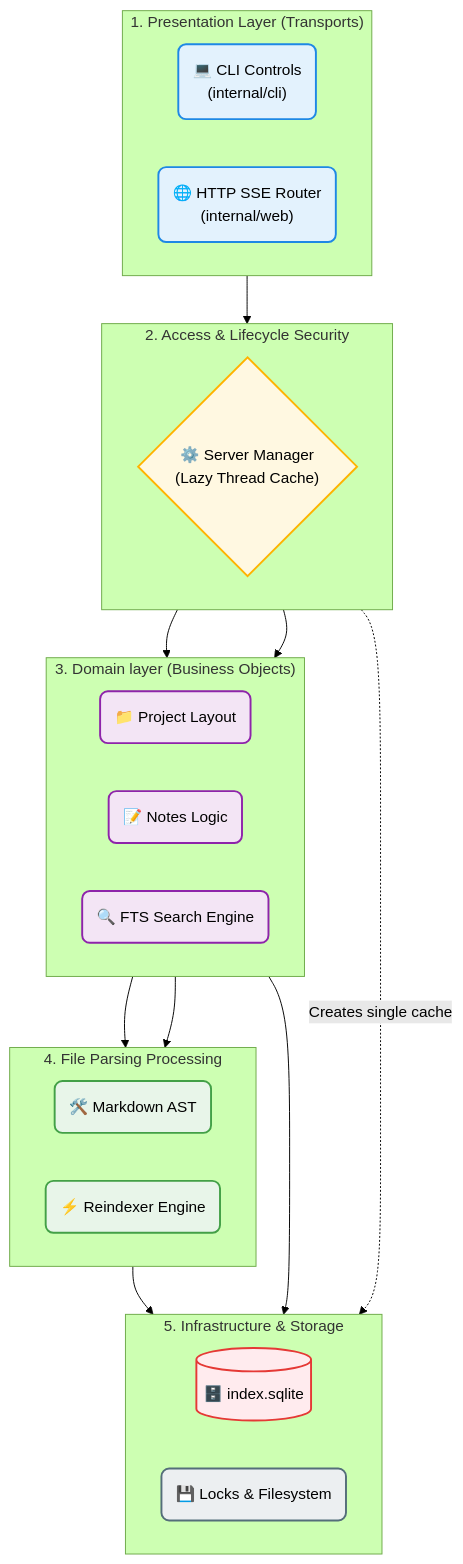
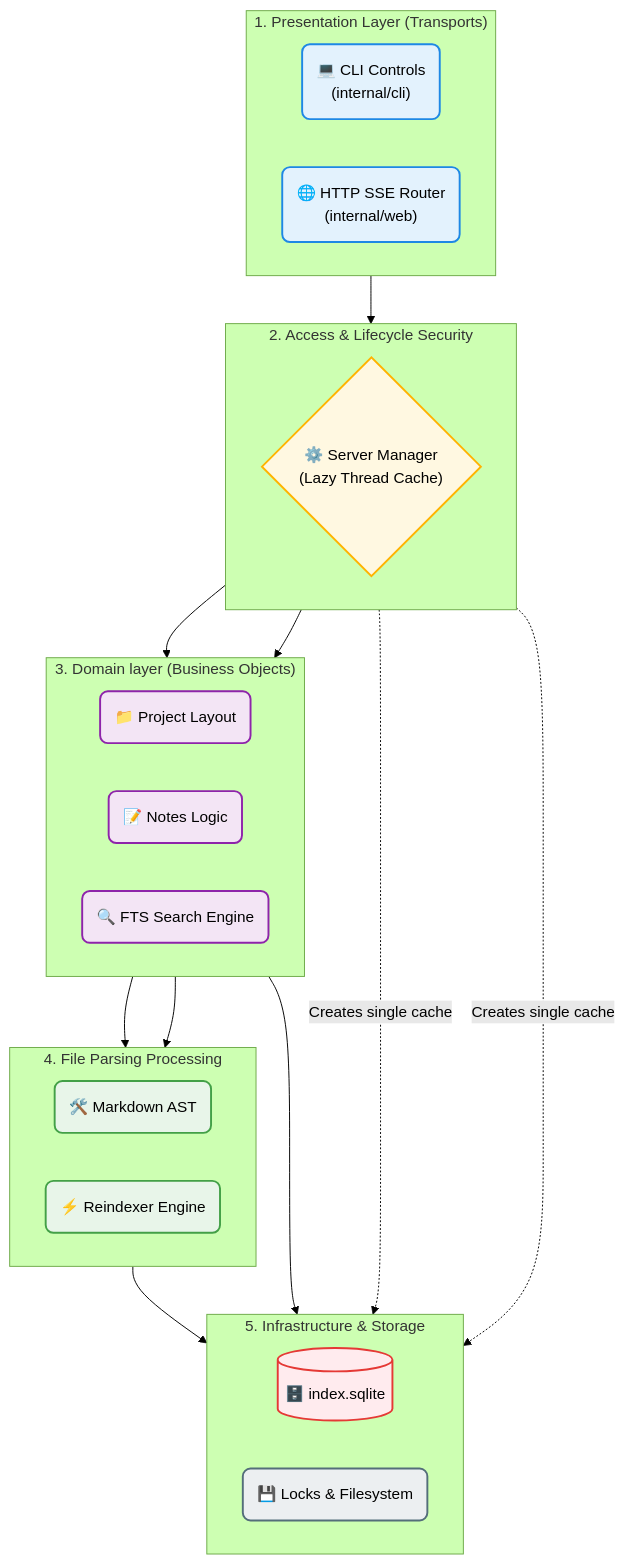
One commit to ilyachch/mnemonic changed the second of 2 diagrams in README.md. Above: the diagram before and after it, drawn with Mermaid (forest theme). The commit also changed other lines of this file, not shown here.

````diff
--- a/README.md
+++ b/README.md
@@ -246,55 +260,56 @@
 ```mermaid
 flowchart TD
     %% Styling
     classDef entry fill:#e3f2fd,stroke:#1e88e5,stroke-width:2px,color:#000,rx:8px,ry:8px
     classDef core fill:#fff8e1,stroke:#ffb300,stroke-width:2px,color:#000,rx:8px,ry:8px
     classDef domain fill:#f3e5f5,stroke:#8e24aa,stroke-width:2px,color:#000,rx:8px,ry:8px
     classDef engine fill:#e8f5e9,stroke:#43a047,stroke-width:2px,color:#000,rx:8px,ry:8px
     classDef infra fill:#eceff1,stroke:#546e7a,stroke-width:2px,color:#000,rx:8px,ry:8px
     classDef db fill:#ffebee,stroke:#e53935,stroke-width:2px,color:#000,rx:8px,ry:8px
 
     %% Layers
     subgraph Entry ["1. Presentation Layer (Transports)"]
         direction LR
         CLI("💻 CLI Controls\n(internal/cli)"):::entry
         WebServe("🌐 HTTP SSE Router\n(internal/web)"):::entry
     end
 
     subgraph Core ["2. Access & Lifecycle Security"]
         direction LR
         Manager{"⚙️ Server Manager\n(Lazy Thread Cache)"}:::core
     end
 
     subgraph Domain ["3. Domain layer (Business Objects)"]
         direction LR
         Proj("📁 Project Layout"):::domain
         Notes("📝 Notes Logic"):::domain
         Search("🔍 FTS Search Engine"):::domain
     end
 
     subgraph Engines ["4. File Parsing Processing"]
         direction LR
         MD("🛠️ Markdown AST"):::engine
         Idx("⚡ Reindexer Engine"):::engine
     end
 
     subgraph Infra ["5. Infrastructure & Storage"]
         direction LR
         IndexDB[("🗄️ index.sqlite")]:::db
         Sys("💾 Locks & Filesystem"):::infra
     end
 
     %% Flow: Web Routing & Guarding
     WebServe --> Manager
 
     %% Flow: Instance Lazy Hydration
     Manager -. Creates single cache .-> IndexDB
+    Manager -. Creates single cache .-> IndexDB
     Manager --> Proj
     Manager --> Notes
 
     %% Flow: Processing Boundary
     Notes --> MD
     Notes --> Sys
     Search --> Idx
     Idx --> IndexDB
 ```
````
